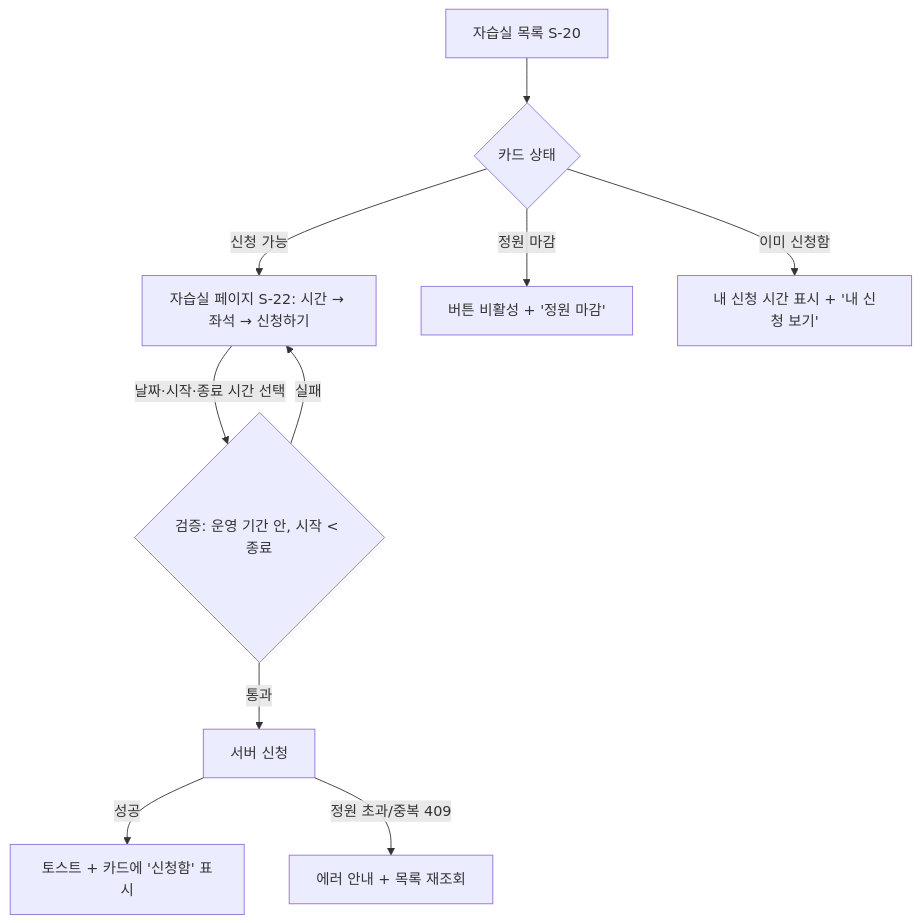
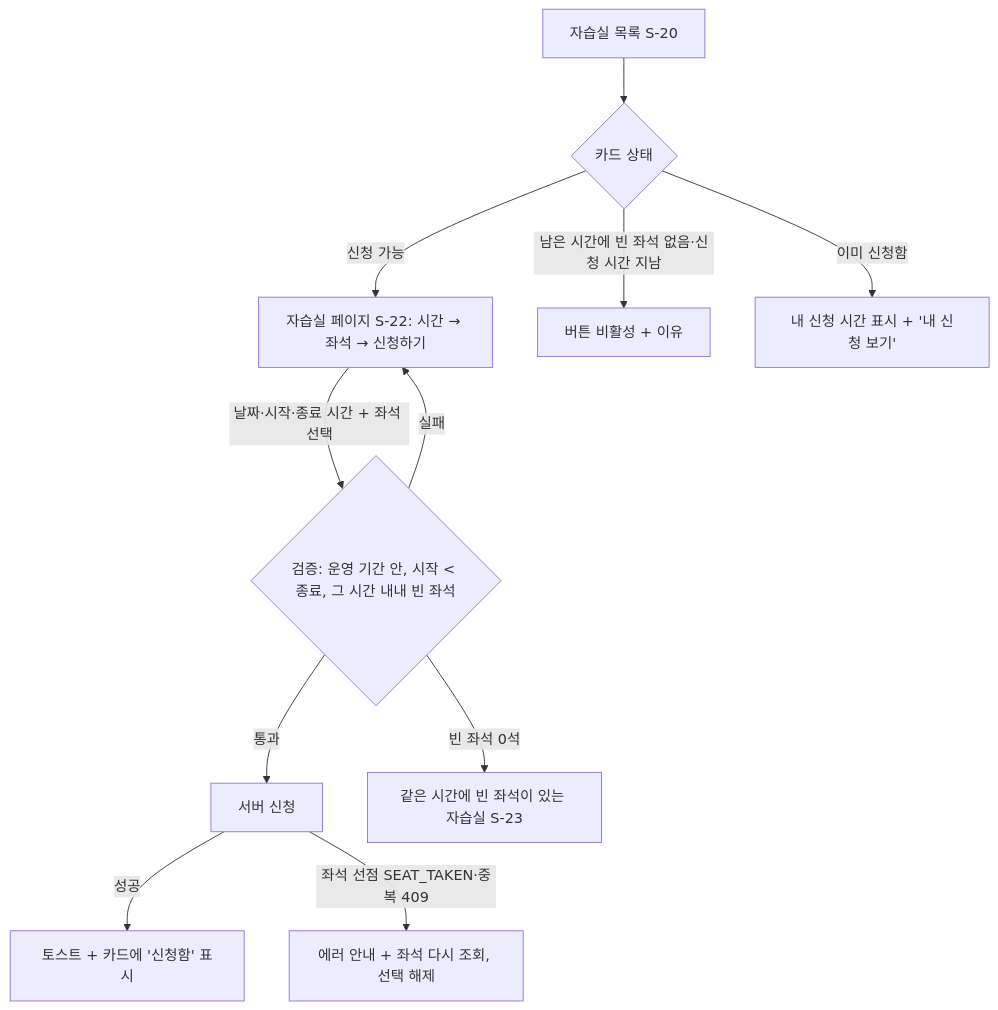
One commit to JungMINI-developer/hiconsy-task changed the third of 4 diagrams in apps/web/docs/user-flows.md. Above: the diagram before and after it, drawn with Mermaid. The commit also changed other lines of this file and 8 other files, not shown here.

````diff
--- a/apps/web/docs/user-flows.md
+++ b/apps/web/docs/user-flows.md
@@ -46,12 +48,13 @@
 ```mermaid
 flowchart TD
   L[자습실 목록 S-20] --> C{카드 상태}
   C -->|신청 가능| A[자습실 페이지 S-22: 시간 → 좌석 → 신청하기]
-  C -->|정원 마감| N[버튼 비활성 + '정원 마감']
+  C -->|남은 시간에 빈 좌석 없음·신청 시간 지남| N[버튼 비활성 + 이유]
   C -->|이미 신청함| M[내 신청 시간 표시 + '내 신청 보기']
-  A -->|날짜·시작·종료 시간 선택| V{검증: 운영 기간 안, 시작 < 종료}
+  A -->|날짜·시작·종료 시간 + 좌석 선택| V{검증: 운영 기간 안, 시작 < 종료, 그 시간 내내 빈 좌석}
   V -->|실패| A
   V -->|통과| S[서버 신청]
   S -->|성공| OK[토스트 + 카드에 '신청함' 표시]
-  S -->|정원 초과/중복 409| R[에러 안내 + 목록 재조회]
+  S -->|좌석 선점 SEAT_TAKEN·중복 409| R[에러 안내 + 좌석 다시 조회, 선택 해제]
+  V -->|빈 좌석 0석| ALT[같은 시간에 빈 좌석이 있는 자습실 S-23]
 ```
````
